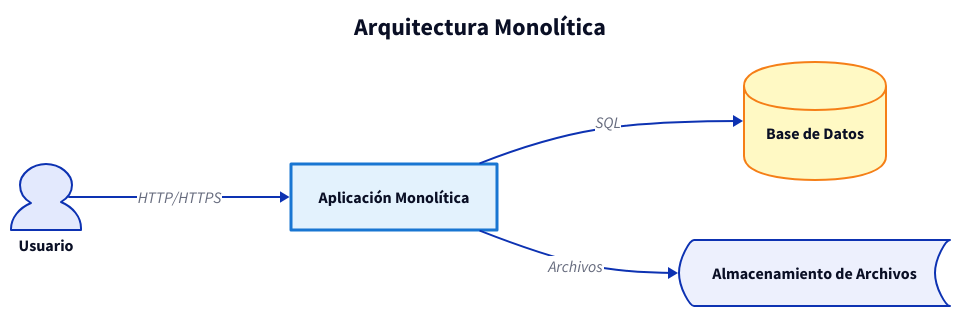
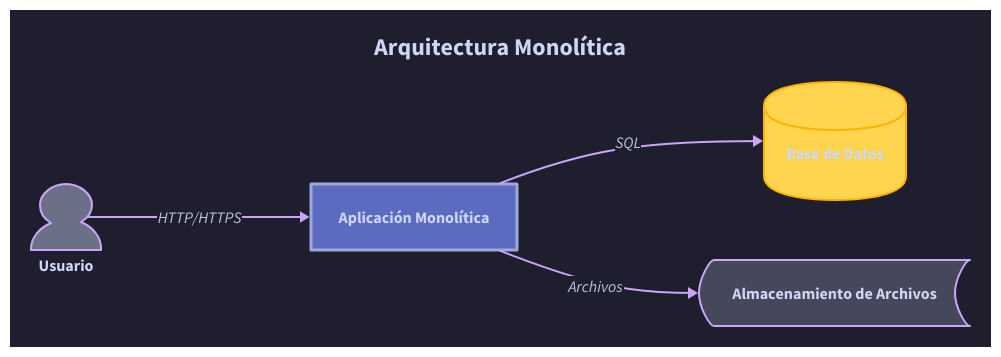
Before and after one commit to ajoaquincardozo/research-diagram-tool-d2: the diagram in 1 - Monolito/architecture.d2, drawn with D2. The commit also changed 1 other file, not shown here.

Commit message:
Apply Dark Mauve theme to both architecture diagrams
Changes:
- Add theme-id: 200 (Dark Mauve) to both diagrams
- Adjust color palette for better visibility on dark background
  - Application: Changed to indigo tones (#5c6bc0 fill, #9fa8da stroke)
  - Database: Changed to amber tones (#ffd54f fill, #ffb300 stroke)
- Colors now complement the dark theme aesthetics

```diff
--- a/1 - Monolito/architecture.d2
+++ b/1 - Monolito/architecture.d2
@@ -1,44 +1,50 @@
+vars: {
+  d2-config: {
+    theme-id: 200
+  }
+}
+
 direction: right
 
 title: Arquitectura Monolítica {
   near: top-center
   shape: text
   style: {
     font-size: 24
     bold: true
   }
 }
 
 # Usuario
 user: Usuario {
   shape: person
 }
 
 # Aplicación Monolítica
 app: Aplicación Monolítica {
   shape: rectangle
   style: {
-    fill: "#e3f2fd"
-    stroke: "#1976d2"
+    fill: "#5c6bc0"
+    stroke: "#9fa8da"
     stroke-width: 3
   }
 }
 
 # Base de Datos
 db: Base de Datos {
   shape: cylinder
   style: {
-    fill: "#fff9c4"
-    stroke: "#f57f17"
+    fill: "#ffd54f"
+    stroke: "#ffb300"
   }
 }
 
 # Almacenamiento de Archivos
 storage: Almacenamiento de Archivos {
   shape: stored_data
 }
 
 # Conexiones
 user -> app: HTTP/HTTPS
 app -> db: SQL
 app -> storage: Archivos
```
